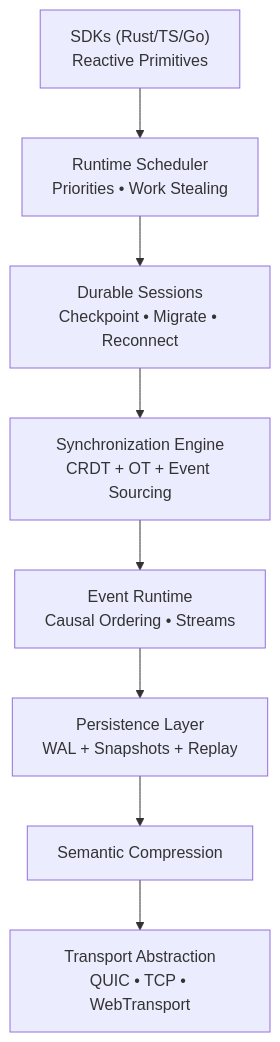
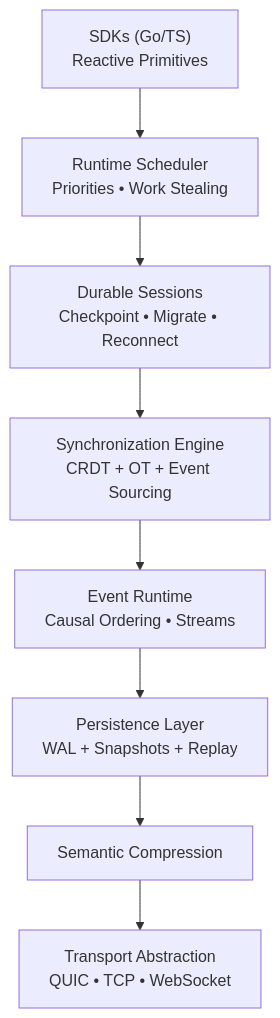
The diagram in ARCHITECTURE.md (supunhg/kairos), drawn with Mermaid before and after one commit. The commit also changed other lines of this file and 53 other files, not shown here.

````diff
--- a/ARCHITECTURE.md
+++ b/ARCHITECTURE.md
@@ -142,10 +141,10 @@
 ```mermaid
 flowchart TD
-    SDK["SDKs (Rust/TS/Go)\nReactive Primitives"] --> Scheduler["Runtime Scheduler\nPriorities • Work Stealing"]
+    SDK["SDKs (Go/TS)\nReactive Primitives"] --> Scheduler["Runtime Scheduler\nPriorities • Work Stealing"]
     Scheduler --> Sessions["Durable Sessions\nCheckpoint • Migrate • Reconnect"]
     Sessions --> Sync["Synchronization Engine\nCRDT + OT + Event Sourcing"]
     Sync --> Events["Event Runtime\nCausal Ordering • Streams"]
     Events --> Persistence["Persistence Layer\nWAL + Snapshots + Replay"]
     Persistence --> Compression["Semantic Compression"]
-    Compression --> Transport["Transport Abstraction\nQUIC • TCP • WebTransport"]
+    Compression --> Transport["Transport Abstraction\nQUIC • TCP • WebSocket"]
 ```
````
